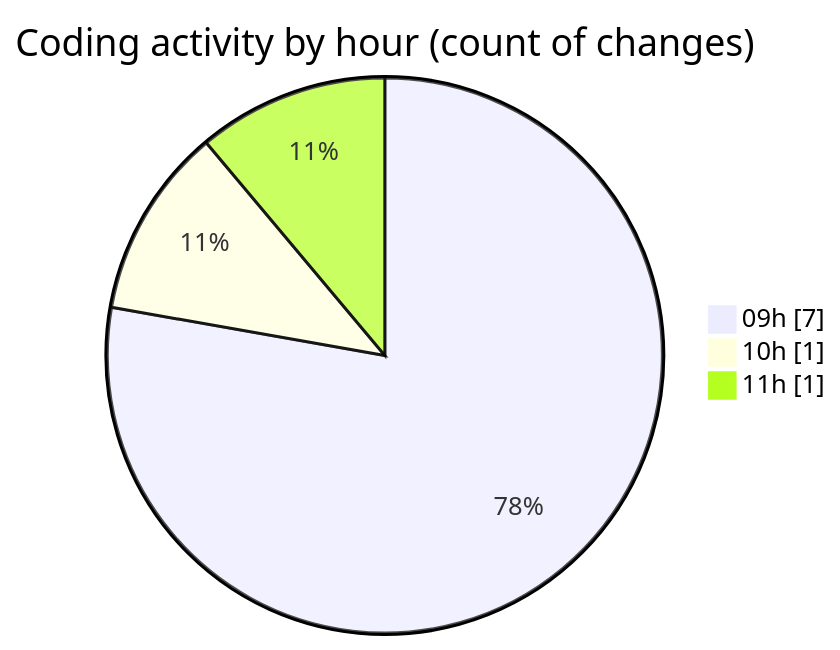
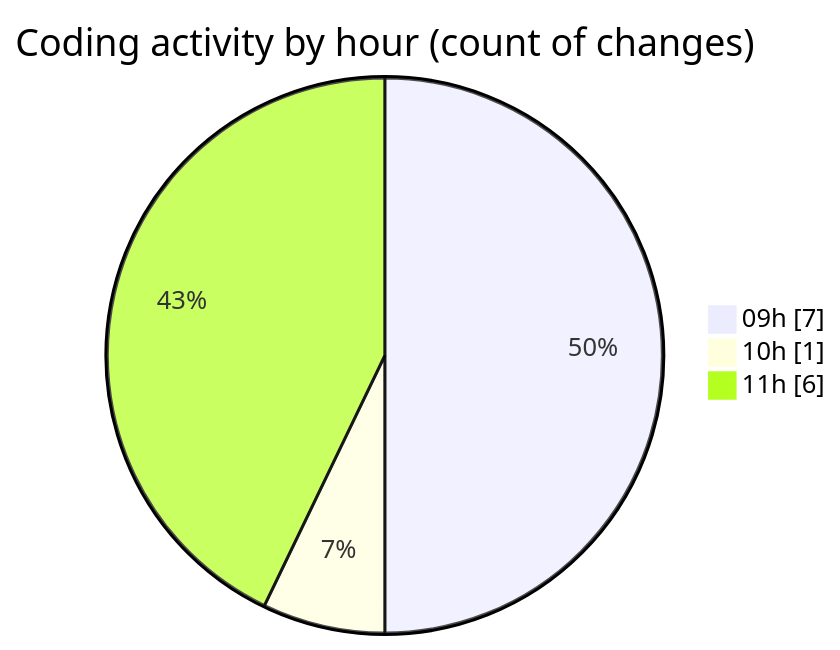
The second of 2 diagrams in 2025-07-30/cda/README.md (momahboobian/code-tracking), drawn with Mermaid before and after one commit. The commit also changed other lines of this file and 1 other file, not shown here.

````diff
--- a/2025-07-30/cda/README.md
+++ b/2025-07-30/cda/README.md
@@ -35,7 +36,7 @@
 ```mermaid
 pie showData
 title Coding activity by hour (count of changes)
 "09h" : 7
 "10h" : 1
-"11h" : 1
+"11h" : 6
 ```
````
